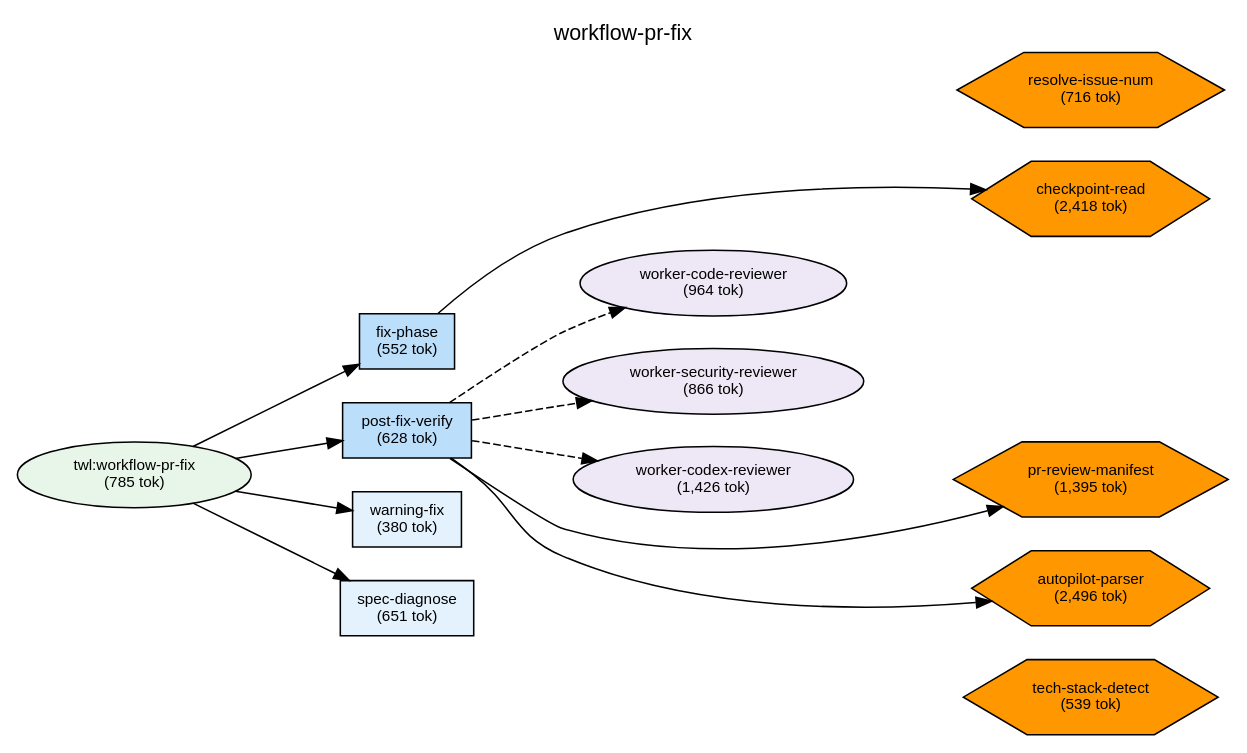
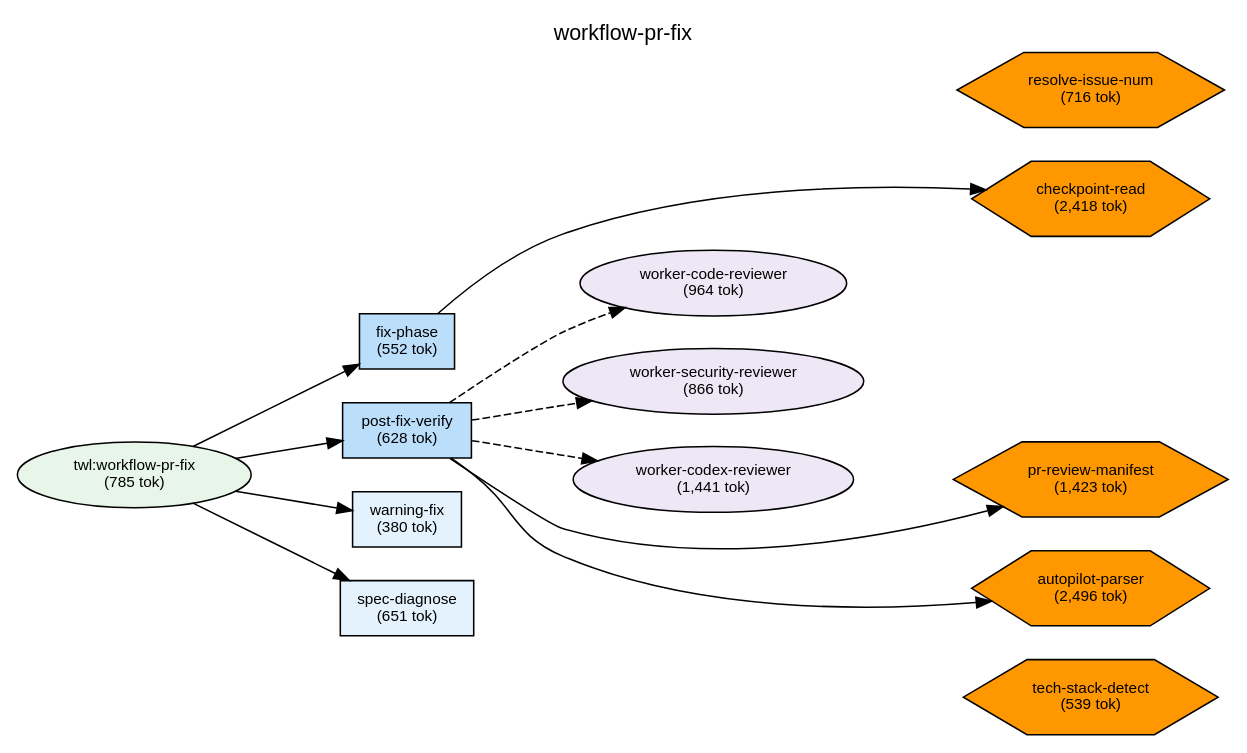
One commit to shuu5/twill changed the diagram in plugins/twl/docs/deps-workflow-pr-fix.dot. Above: the diagram before and after it, drawn with Graphviz. The commit also changed 41 other files, not shown here.

```diff
--- a/plugins/twl/docs/deps-workflow-pr-fix.dot
+++ b/plugins/twl/docs/deps-workflow-pr-fix.dot
@@ -1,75 +1,75 @@
 digraph Dependencies {
     // Graph settings
     rankdir=LR;
     ranksep=0.8;
     nodesep=0.3;
     fontname="Helvetica";
     node [fontname="Helvetica", fontsize=10];
     edge [fontname="Helvetica", fontsize=9];
     label="workflow-pr-fix";
     labelloc=t;
     fontsize=14;
 
     // L0: Controller Skills
 
     // L0: Launchers
 
     // L0.5: Workflow Skills
     skill_workflow_pr_fix [label="twl:workflow-pr-fix\n(785 tok)", shape=ellipse, style=filled, fillcolor="#e8f5e9"];
 
     // Reference Skills
 
     // L1: Direct Commands
     cmd_post_fix_verify [label="post-fix-verify\n(628 tok)", shape=box, style=filled, fillcolor="#bbdefb"];
     cmd_warning_fix [label="warning-fix\n(380 tok)", shape=box, style=filled, fillcolor="#e3f2fd"];
     cmd_fix_phase [label="fix-phase\n(552 tok)", shape=box, style=filled, fillcolor="#bbdefb"];
     cmd_spec_diagnose [label="spec-diagnose\n(651 tok)", shape=box, style=filled, fillcolor="#e3f2fd"];
 
     // L2: Sub Commands
 
     // L3: Agents
-    agent_worker_codex_reviewer [label="worker-codex-reviewer\n(1,426 tok)", shape=ellipse, style=filled, fillcolor="#ede7f6"];
+    agent_worker_codex_reviewer [label="worker-codex-reviewer\n(1,441 tok)", shape=ellipse, style=filled, fillcolor="#ede7f6"];
     agent_worker_code_reviewer [label="worker-code-reviewer\n(964 tok)", shape=ellipse, style=filled, fillcolor="#ede7f6"];
     agent_worker_security_reviewer [label="worker-security-reviewer\n(866 tok)", shape=ellipse, style=filled, fillcolor="#ede7f6"];
 
     // L3.5: Scripts
     script_tech_stack_detect [label="tech-stack-detect\n(539 tok)", shape=hexagon, style=filled, fillcolor="#FF9800"];
     script_autopilot_parser [label="autopilot-parser\n(2,496 tok)", shape=hexagon, style=filled, fillcolor="#FF9800"];
     script_resolve_issue_num [label="resolve-issue-num\n(716 tok)", shape=hexagon, style=filled, fillcolor="#FF9800"];
-    script_pr_review_manifest [label="pr-review-manifest\n(1,395 tok)", shape=hexagon, style=filled, fillcolor="#FF9800"];
+    script_pr_review_manifest [label="pr-review-manifest\n(1,423 tok)", shape=hexagon, style=filled, fillcolor="#FF9800"];
     script_checkpoint_read [label="checkpoint-read\n(2,418 tok)", shape=hexagon, style=filled, fillcolor="#FF9800"];
 
     // L4: External
 
     // Layer constraints
     { rank=same; skill_workflow_pr_fix; }
     { rank=same; cmd_post_fix_verify; cmd_warning_fix; cmd_fix_phase; cmd_spec_diagnose; }
     { rank=same; agent_worker_codex_reviewer; agent_worker_code_reviewer; agent_worker_security_reviewer; }
     { rank=same; script_tech_stack_detect; script_autopilot_parser; script_resolve_issue_num; script_pr_review_manifest; script_checkpoint_read; }
 
     // Edges
     skill_workflow_pr_fix -> cmd_fix_phase;
     skill_workflow_pr_fix -> cmd_post_fix_verify;
     skill_workflow_pr_fix -> cmd_warning_fix;
     skill_workflow_pr_fix -> cmd_spec_diagnose;
     cmd_post_fix_verify -> agent_worker_code_reviewer [style=dashed];
     cmd_post_fix_verify -> agent_worker_security_reviewer [style=dashed];
     cmd_post_fix_verify -> agent_worker_codex_reviewer [style=dashed];
     cmd_post_fix_verify -> script_pr_review_manifest;
     cmd_post_fix_verify -> script_autopilot_parser;
     cmd_fix_phase -> script_checkpoint_read;
 
     // Ordering constraints (invisible edges)
     cmd_fix_phase -> cmd_post_fix_verify [style=invis, weight=10];
     cmd_post_fix_verify -> cmd_warning_fix [style=invis, weight=10];
     cmd_warning_fix -> cmd_spec_diagnose [style=invis, weight=10];
     agent_worker_code_reviewer -> agent_worker_security_reviewer [style=invis, weight=10];
     agent_worker_security_reviewer -> agent_worker_codex_reviewer [style=invis, weight=10];
     agent_worker_codex_reviewer -> script_pr_review_manifest [style=invis, weight=10];
     script_pr_review_manifest -> script_autopilot_parser [style=invis, weight=10];
     script_autopilot_parser -> script_tech_stack_detect [style=invis, weight=10];
     agent_worker_code_reviewer -> agent_worker_security_reviewer [style=invis, weight=10];
     script_autopilot_parser -> script_tech_stack_detect [style=invis, weight=10];
     agent_worker_code_reviewer -> agent_worker_security_reviewer [style=invis, weight=10];
 
 }
```
